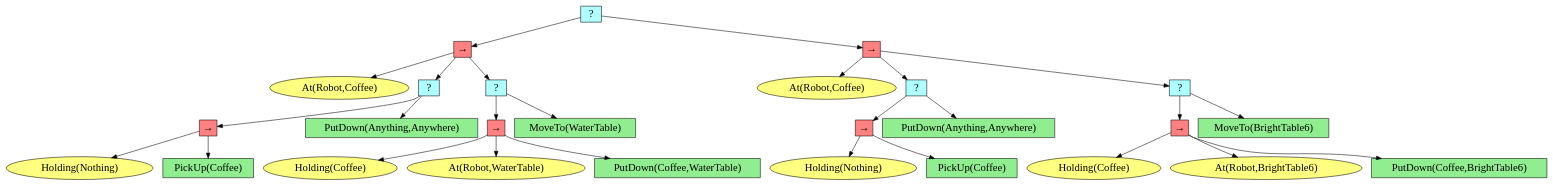
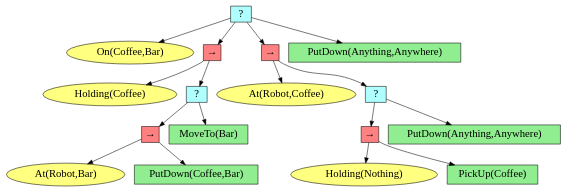
One commit to HPCL-EI/RoboWaiter changed the diagram in robowaiter/utils/draw_bt/test.dot. Above: the diagram before and after it, drawn with Graphviz. The commit also changed 40 other files, not shown here.

```diff
--- a/robowaiter/utils/draw_bt/test.dot
+++ b/robowaiter/utils/draw_bt/test.dot
@@ -1,59 +1,39 @@
 digraph pastafarianism {
 ordering=out;
 graph [fontname="times-roman"];
 node [fontname="times-roman"];
 edge [fontname="times-roman"];
-"e5aa5d5b-9169-41fc-a26d-b16b24db8215" [fillcolor="#B0FFFF", fontcolor=black, fontsize=20, height=0.01, label=" ? ", shape=box, style=filled, width=0.01];
-"cc077d7a-c074-4249-9fa9-d559c6600fbc" [fillcolor="#FF8080", fontcolor=black, fontsize=20, height=0.01, label="&rarr;", shape=box, style=filled, width=0.01];
-"e5aa5d5b-9169-41fc-a26d-b16b24db8215" -> "cc077d7a-c074-4249-9fa9-d559c6600fbc";
-"2f4be6cb-5d87-4119-a678-9245fb5e5b08" [fillcolor="#FFFF80", fontcolor=black, fontsize=20, label="At(Robot,Coffee)", shape=ellipse, style=filled];
-"cc077d7a-c074-4249-9fa9-d559c6600fbc" -> "2f4be6cb-5d87-4119-a678-9245fb5e5b08";
-"8f8c4dda-1add-4b23-8b5f-104d518ac38e" [fillcolor="#B0FFFF", fontcolor=black, fontsize=20, height=0.01, label=" ? ", shape=box, style=filled, width=0.01];
-"cc077d7a-c074-4249-9fa9-d559c6600fbc" -> "8f8c4dda-1add-4b23-8b5f-104d518ac38e";
-"0261c661-a520-434f-95a3-6d55d1fa8aff" [fillcolor="#FF8080", fontcolor=black, fontsize=20, height=0.01, label="&rarr;", shape=box, style=filled, width=0.01];
-"8f8c4dda-1add-4b23-8b5f-104d518ac38e" -> "0261c661-a520-434f-95a3-6d55d1fa8aff";
-"97e8f95e-7ec3-479e-b312-67cdf1a6873a" [fillcolor="#FFFF80", fontcolor=black, fontsize=20, label="Holding(Nothing)", shape=ellipse, style=filled];
-"0261c661-a520-434f-95a3-6d55d1fa8aff" -> "97e8f95e-7ec3-479e-b312-67cdf1a6873a";
-"2d950b58-e85c-40c0-854a-9b697982b340" [fillcolor=lightgreen, fontcolor=black, fontsize=20, label="PickUp(Coffee)", shape=box, style=filled];
-"0261c661-a520-434f-95a3-6d55d1fa8aff" -> "2d950b58-e85c-40c0-854a-9b697982b340";
-"9b20a231-db9d-4a0c-b1c4-fa01bc7948d8" [fillcolor=lightgreen, fontcolor=black, fontsize=20, label="PutDown(Anything,Anywhere)", shape=box, style=filled];
-"8f8c4dda-1add-4b23-8b5f-104d518ac38e" -> "9b20a231-db9d-4a0c-b1c4-fa01bc7948d8";
-"05b2c4df-a48e-44f9-8776-80b4c9d5a4c7" [fillcolor="#B0FFFF", fontcolor=black, fontsize=20, height=0.01, label=" ? ", shape=box, style=filled, width=0.01];
-"cc077d7a-c074-4249-9fa9-d559c6600fbc" -> "05b2c4df-a48e-44f9-8776-80b4c9d5a4c7";
-"d76fc92b-8df3-4129-a49f-9973306d4720" [fillcolor="#FF8080", fontcolor=black, fontsize=20, height=0.01, label="&rarr;", shape=box, style=filled, width=0.01];
-"05b2c4df-a48e-44f9-8776-80b4c9d5a4c7" -> "d76fc92b-8df3-4129-a49f-9973306d4720";
-"a0736935-6ac5-474c-a9fa-73dcbcc925af" [fillcolor="#FFFF80", fontcolor=black, fontsize=20, label="Holding(Coffee)", shape=ellipse, style=filled];
-"d76fc92b-8df3-4129-a49f-9973306d4720" -> "a0736935-6ac5-474c-a9fa-73dcbcc925af";
-"ec73963c-0438-4205-8cd1-985013e498aa" [fillcolor="#FFFF80", fontcolor=black, fontsize=20, label="At(Robot,WaterTable)", shape=ellipse, style=filled];
-"d76fc92b-8df3-4129-a49f-9973306d4720" -> "ec73963c-0438-4205-8cd1-985013e498aa";
-"72267a55-597b-45ea-81b1-3097e2da726a" [fillcolor=lightgreen, fontcolor=black, fontsize=20, label="PutDown(Coffee,WaterTable)", shape=box, style=filled];
-"d76fc92b-8df3-4129-a49f-9973306d4720" -> "72267a55-597b-45ea-81b1-3097e2da726a";
-"af323181-3453-4e7f-833e-ec78a917511c" [fillcolor=lightgreen, fontcolor=black, fontsize=20, label="MoveTo(WaterTable)", shape=box, style=filled];
-"05b2c4df-a48e-44f9-8776-80b4c9d5a4c7" -> "af323181-3453-4e7f-833e-ec78a917511c";
-"d332b9b3-fee1-45a4-b217-ca131574f061" [fillcolor="#FF8080", fontcolor=black, fontsize=20, height=0.01, label="&rarr;", shape=box, style=filled, width=0.01];
-"e5aa5d5b-9169-41fc-a26d-b16b24db8215" -> "d332b9b3-fee1-45a4-b217-ca131574f061";
-"cd8e4c90-2898-496a-9a59-b758d4c2b27c" [fillcolor="#FFFF80", fontcolor=black, fontsize=20, label="At(Robot,Coffee)", shape=ellipse, style=filled];
-"d332b9b3-fee1-45a4-b217-ca131574f061" -> "cd8e4c90-2898-496a-9a59-b758d4c2b27c";
-"699354b5-961f-41e0-ac17-2883820573a4" [fillcolor="#B0FFFF", fontcolor=black, fontsize=20, height=0.01, label=" ? ", shape=box, style=filled, width=0.01];
-"d332b9b3-fee1-45a4-b217-ca131574f061" -> "699354b5-961f-41e0-ac17-2883820573a4";
-"2b4ae08b-e738-4c97-93f7-711039311c56" [fillcolor="#FF8080", fontcolor=black, fontsize=20, height=0.01, label="&rarr;", shape=box, style=filled, width=0.01];
-"699354b5-961f-41e0-ac17-2883820573a4" -> "2b4ae08b-e738-4c97-93f7-711039311c56";
-"c2584464-9670-49f6-8230-a974e64c00a6" [fillcolor="#FFFF80", fontcolor=black, fontsize=20, label="Holding(Nothing)", shape=ellipse, style=filled];
-"2b4ae08b-e738-4c97-93f7-711039311c56" -> "c2584464-9670-49f6-8230-a974e64c00a6";
-"95bf87b1-b8ac-46f4-85ab-66bfefa5bf5a" [fillcolor=lightgreen, fontcolor=black, fontsize=20, label="PickUp(Coffee)", shape=box, style=filled];
-"2b4ae08b-e738-4c97-93f7-711039311c56" -> "95bf87b1-b8ac-46f4-85ab-66bfefa5bf5a";
-"9b2ce40c-3232-421c-9eb6-6dbc866e3ba2" [fillcolor=lightgreen, fontcolor=black, fontsize=20, label="PutDown(Anything,Anywhere)", shape=box, style=filled];
-"699354b5-961f-41e0-ac17-2883820573a4" -> "9b2ce40c-3232-421c-9eb6-6dbc866e3ba2";
-"5f275a1f-dbae-4696-b79f-d6c96d3bd546" [fillcolor="#B0FFFF", fontcolor=black, fontsize=20, height=0.01, label=" ? ", shape=box, style=filled, width=0.01];
-"d332b9b3-fee1-45a4-b217-ca131574f061" -> "5f275a1f-dbae-4696-b79f-d6c96d3bd546";
-"a7bd72b9-0f63-457f-9e05-67ca8a26f89e" [fillcolor="#FF8080", fontcolor=black, fontsize=20, height=0.01, label="&rarr;", shape=box, style=filled, width=0.01];
-"5f275a1f-dbae-4696-b79f-d6c96d3bd546" -> "a7bd72b9-0f63-457f-9e05-67ca8a26f89e";
-"e9accfe2-5d94-4223-803a-eb5d89e50bf0" [fillcolor="#FFFF80", fontcolor=black, fontsize=20, label="Holding(Coffee)", shape=ellipse, style=filled];
-"a7bd72b9-0f63-457f-9e05-67ca8a26f89e" -> "e9accfe2-5d94-4223-803a-eb5d89e50bf0";
-"317f4bb8-4bb7-447d-a289-a9a11b79c6ec" [fillcolor="#FFFF80", fontcolor=black, fontsize=20, label="At(Robot,BrightTable6)", shape=ellipse, style=filled];
-"a7bd72b9-0f63-457f-9e05-67ca8a26f89e" -> "317f4bb8-4bb7-447d-a289-a9a11b79c6ec";
-"065858de-2a4c-47fd-84e2-a492dc338a9f" [fillcolor=lightgreen, fontcolor=black, fontsize=20, label="PutDown(Coffee,BrightTable6)", shape=box, style=filled];
-"a7bd72b9-0f63-457f-9e05-67ca8a26f89e" -> "065858de-2a4c-47fd-84e2-a492dc338a9f";
-"9e9b5ae5-5a89-4263-b523-06fe03a01009" [fillcolor=lightgreen, fontcolor=black, fontsize=20, label="MoveTo(BrightTable6)", shape=box, style=filled];
-"5f275a1f-dbae-4696-b79f-d6c96d3bd546" -> "9e9b5ae5-5a89-4263-b523-06fe03a01009";
+"f9d1a9d2-dc8b-4682-ad34-7dae9f8e453f" [fillcolor="#B0FFFF", fontcolor=black, fontsize=20, height=0.01, label=" ? ", shape=box, style=filled, width=0.01];
+"00ee8a6a-403b-40a2-8372-8efd13e0181f" [fillcolor="#FFFF80", fontcolor=black, fontsize=20, label="On(Coffee,Bar)", shape=ellipse, style=filled];
+"f9d1a9d2-dc8b-4682-ad34-7dae9f8e453f" -> "00ee8a6a-403b-40a2-8372-8efd13e0181f";
+"affde06d-c6d8-461b-a9fd-fc8514beb50e" [fillcolor="#FF8080", fontcolor=black, fontsize=20, height=0.01, label="&rarr;", shape=box, style=filled, width=0.01];
+"f9d1a9d2-dc8b-4682-ad34-7dae9f8e453f" -> "affde06d-c6d8-461b-a9fd-fc8514beb50e";
+"12c31e3e-6e4c-44f4-85aa-b9a493978c85" [fillcolor="#FFFF80", fontcolor=black, fontsize=20, label="Holding(Coffee)", shape=ellipse, style=filled];
+"affde06d-c6d8-461b-a9fd-fc8514beb50e" -> "12c31e3e-6e4c-44f4-85aa-b9a493978c85";
+"8700ff20-6305-49fc-8620-c6d0355d5ea6" [fillcolor="#B0FFFF", fontcolor=black, fontsize=20, height=0.01, label=" ? ", shape=box, style=filled, width=0.01];
+"affde06d-c6d8-461b-a9fd-fc8514beb50e" -> "8700ff20-6305-49fc-8620-c6d0355d5ea6";
+"f1e403dc-d699-4d2a-a6b4-f5539856012a" [fillcolor="#FF8080", fontcolor=black, fontsize=20, height=0.01, label="&rarr;", shape=box, style=filled, width=0.01];
+"8700ff20-6305-49fc-8620-c6d0355d5ea6" -> "f1e403dc-d699-4d2a-a6b4-f5539856012a";
+"60299141-f28f-4d95-9324-ef541ad4d4ca" [fillcolor="#FFFF80", fontcolor=black, fontsize=20, label="At(Robot,Bar)", shape=ellipse, style=filled];
+"f1e403dc-d699-4d2a-a6b4-f5539856012a" -> "60299141-f28f-4d95-9324-ef541ad4d4ca";
+"c55ba4d2-972c-429e-a617-d41a3882b270" [fillcolor=lightgreen, fontcolor=black, fontsize=20, label="PutDown(Coffee,Bar)", shape=box, style=filled];
+"f1e403dc-d699-4d2a-a6b4-f5539856012a" -> "c55ba4d2-972c-429e-a617-d41a3882b270";
+"066e368a-a329-41cb-a411-e74617167fed" [fillcolor=lightgreen, fontcolor=black, fontsize=20, label="MoveTo(Bar)", shape=box, style=filled];
+"8700ff20-6305-49fc-8620-c6d0355d5ea6" -> "066e368a-a329-41cb-a411-e74617167fed";
+"2cb075c3-364d-4679-aa63-baf97b020e51" [fillcolor="#FF8080", fontcolor=black, fontsize=20, height=0.01, label="&rarr;", shape=box, style=filled, width=0.01];
+"f9d1a9d2-dc8b-4682-ad34-7dae9f8e453f" -> "2cb075c3-364d-4679-aa63-baf97b020e51";
+"bda4120d-9120-4a9e-965b-bf41aedf51e0" [fillcolor="#FFFF80", fontcolor=black, fontsize=20, label="At(Robot,Coffee)", shape=ellipse, style=filled];
+"2cb075c3-364d-4679-aa63-baf97b020e51" -> "bda4120d-9120-4a9e-965b-bf41aedf51e0";
+"bfb56522-41fc-4336-a569-c3c8ab8d7c5b" [fillcolor="#B0FFFF", fontcolor=black, fontsize=20, height=0.01, label=" ? ", shape=box, style=filled, width=0.01];
+"2cb075c3-364d-4679-aa63-baf97b020e51" -> "bfb56522-41fc-4336-a569-c3c8ab8d7c5b";
+"d7a34b96-102e-44d7-ab81-ce6942cfa1a8" [fillcolor="#FF8080", fontcolor=black, fontsize=20, height=0.01, label="&rarr;", shape=box, style=filled, width=0.01];
+"bfb56522-41fc-4336-a569-c3c8ab8d7c5b" -> "d7a34b96-102e-44d7-ab81-ce6942cfa1a8";
+"0a410ec8-4949-4d35-b69b-68191af712fb" [fillcolor="#FFFF80", fontcolor=black, fontsize=20, label="Holding(Nothing)", shape=ellipse, style=filled];
+"d7a34b96-102e-44d7-ab81-ce6942cfa1a8" -> "0a410ec8-4949-4d35-b69b-68191af712fb";
+"c32e484f-d063-4d5b-8440-ca14649db2d6" [fillcolor=lightgreen, fontcolor=black, fontsize=20, label="PickUp(Coffee)", shape=box, style=filled];
+"d7a34b96-102e-44d7-ab81-ce6942cfa1a8" -> "c32e484f-d063-4d5b-8440-ca14649db2d6";
+"b846cf1f-1268-4587-a70d-d445f3a20afa" [fillcolor=lightgreen, fontcolor=black, fontsize=20, label="PutDown(Anything,Anywhere)", shape=box, style=filled];
+"bfb56522-41fc-4336-a569-c3c8ab8d7c5b" -> "b846cf1f-1268-4587-a70d-d445f3a20afa";
+"a5761560-0013-4e39-9be4-8cadb208be4e" [fillcolor=lightgreen, fontcolor=black, fontsize=20, label="PutDown(Anything,Anywhere)", shape=box, style=filled];
+"f9d1a9d2-dc8b-4682-ad34-7dae9f8e453f" -> "a5761560-0013-4e39-9be4-8cadb208be4e";
 }
```
